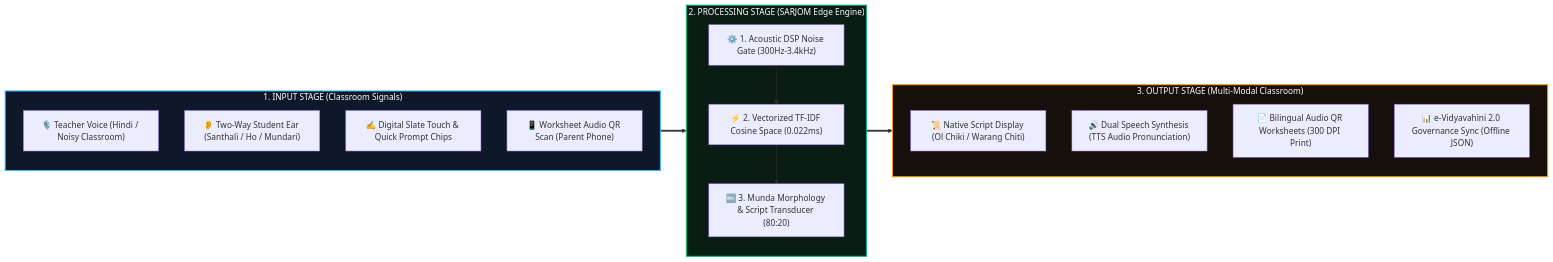
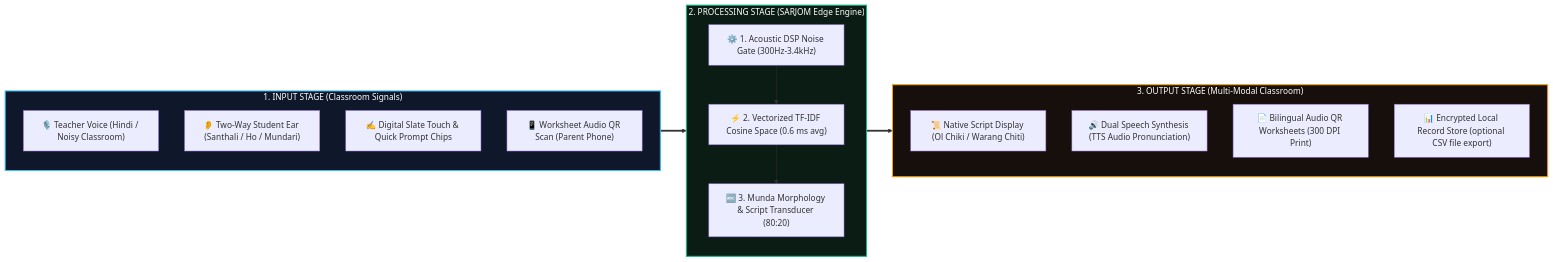
Before and after one commit to tejuas98/sarjom-app: the first of 2 diagrams in TECHNICAL_APPROACH.md, drawn with Mermaid. The commit also changed other lines of this file and 20 other files, not shown here.

Commit message:
Zero-cloud flowchart regenerated (SVG+PNG, no internet branch, honest 5.8 MB RAM budget strip); mermaid + prose de-clouded in SYSTEM_ARCHITECTURE/TECHNICAL_APPROACH/PROTOTYPE_README; 34 MB & 0.022 ms myths purged repo-wide

````diff
--- a/TECHNICAL_APPROACH.md
+++ b/TECHNICAL_APPROACH.md
@@ -89,32 +89,32 @@
 ```mermaid
 flowchart LR
     subgraph S1["1. INPUT STAGE (Classroom Signals)"]
         direction TB
         I1["🎙️ Teacher Voice (Hindi / Noisy Classroom)"]
         I2["👂 Two-Way Student Ear (Santhali / Ho / Mundari)"]
         I3["✍️ Digital Slate Touch & Quick Prompt Chips"]
         I4["📱 Worksheet Audio QR Scan (Parent Phone)"]
     end
 
     subgraph S2["2. PROCESSING STAGE (SARJOM Edge Engine)"]
         direction TB
         P1["⚙️ 1. Acoustic DSP Noise Gate (300Hz-3.4kHz)"]
-        P2["⚡ 2. Vectorized TF-IDF Cosine Space (0.022ms)"]
+        P2["⚡ 2. Vectorized TF-IDF Cosine Space (0.6 ms avg)"]
         P3["🔤 3. Munda Morphology & Script Transducer (80:20)"]
         P1 --> P2 --> P3
     end
 
     subgraph S3["3. OUTPUT STAGE (Multi-Modal Classroom)"]
         direction TB
         O1["📜 Native Script Display (Ol Chiki / Warang Chiti)"]
         O2["🔊 Dual Speech Synthesis (TTS Audio Pronunciation)"]
         O3["📄 Bilingual Audio QR Worksheets (300 DPI Print)"]
-        O4["📊 e-Vidyavahini 2.0 Governance Sync (Offline JSON)"]
+        O4["📊 Encrypted Local Record Store (optional CSV file export)"]
     end
 
     S1 ==> S2 ==> S3
     
     style S1 fill:#0F172A,stroke:#38BDF8,stroke-width:2px,color:#FFFFFF
     style S2 fill:#0A1C14,stroke:#10B981,stroke-width:2px,color:#FFFFFF
     style S3 fill:#170F0B,stroke:#F59E0B,stroke-width:2px,color:#FFFFFF
 ```
````
